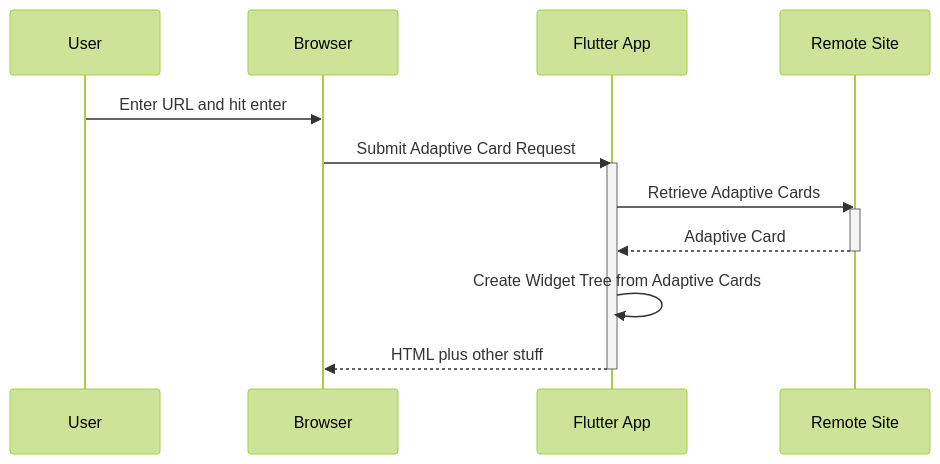
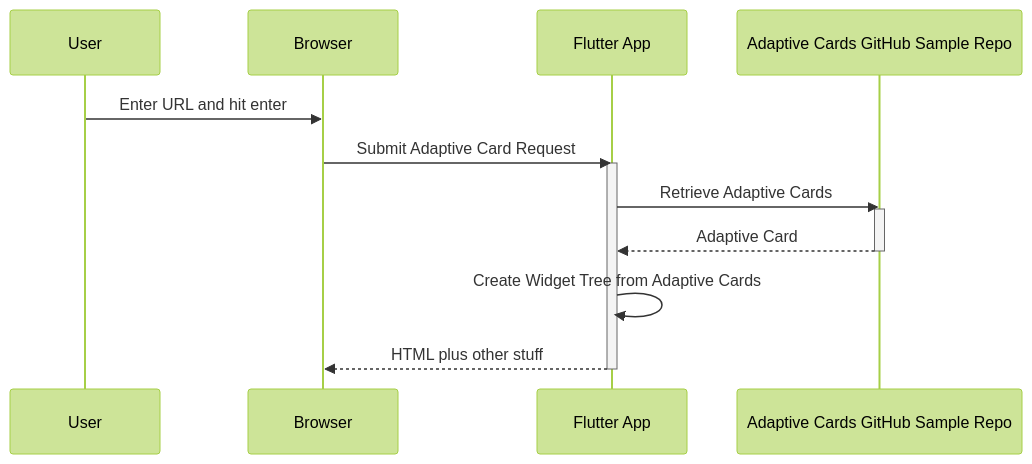
Before and after one commit to freemansoft/Flutter-AdaptiveCards: the diagram in example/README.md, drawn with Mermaid (forest theme). The commit also changed 1 other file, not shown here.

Commit message:
Iterate diagrams

````diff
--- a/example/README.md
+++ b/example/README.md
@@ -49,19 +49,18 @@
 ```mermaid
-
 sequenceDiagram
     participant user as User
     participant browser as Browser
     participant flutter-app as Flutter App
-    participant remote-site as Remote Site
+    participant remote-site as Adaptive Cards GitHub Sample Repo
 
     user        ->> browser: Enter URL and hit enter
     browser     ->> flutter-app: Submit Adaptive Card Request
     activate flutter-app
     flutter-app ->>  remote-site: Retrieve Adaptive Cards
     activate remote-site
     remote-site -->> flutter-app: Adaptive Card
     deactivate remote-site
     flutter-app ->>  flutter-app: Create Widget Tree from Adaptive Cards
     flutter-app -->> browser: HTML plus other stuff
     deactivate flutter-app
 ```
````
